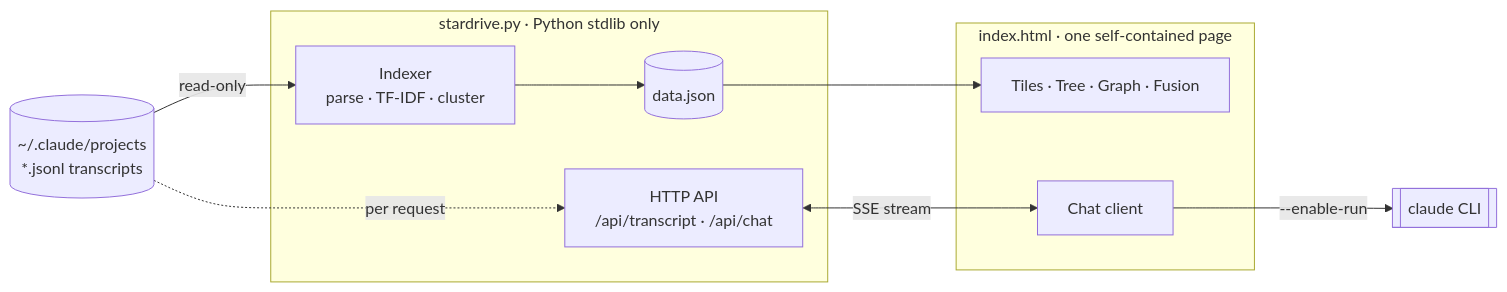
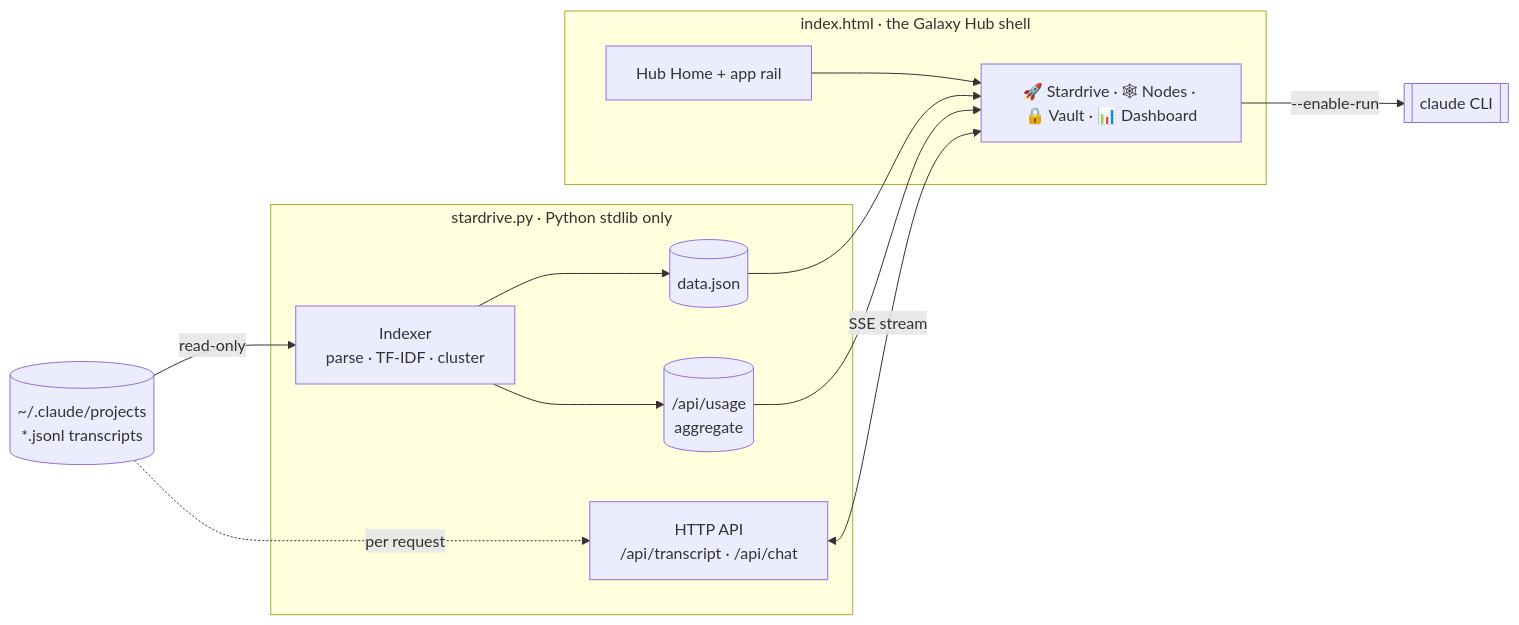
Before and after one commit to atlasshb/galaxy-hub: the diagram in README.md, drawn with Mermaid. The commit also changed other lines of this file and 8 other files, not shown here.

First line of the commit message:
docs: Galaxy Hub README + app screenshots

````diff
--- a/README.md
+++ b/README.md
@@ -74,19 +144,23 @@
 ```mermaid
 flowchart LR
   S[("~/.claude/projects<br/>*.jsonl transcripts")]
   subgraph BE["stardrive.py · Python stdlib only"]
     I["Indexer<br/>parse · TF-IDF · cluster"]
     D[("data.json")]
+    U[("/api/usage<br/>aggregate")]
     A["HTTP API<br/>/api/transcript · /api/chat"]
     I --> D
+    I --> U
   end
-  subgraph FE["index.html · one self-contained page"]
-    V["Tiles · Tree · Graph · Fusion"]
-    C["Chat client"]
+  subgraph FE["index.html · the Galaxy Hub shell"]
+    H["Hub Home + app rail"]
+    APPS["🚀 Stardrive · 🕸 Nodes · 🔒 Vault · 📊 Dashboard"]
+    H --> APPS
   end
   S -->|read-only| I
   S -.->|per request| A
-  D --> V
-  A <-->|SSE stream| C
-  C -->|--enable-run| CLI[["claude CLI"]]
+  D --> APPS
+  U --> APPS
+  A <-->|SSE stream| APPS
+  APPS -->|--enable-run| CLI[["claude CLI"]]
 ```
````
